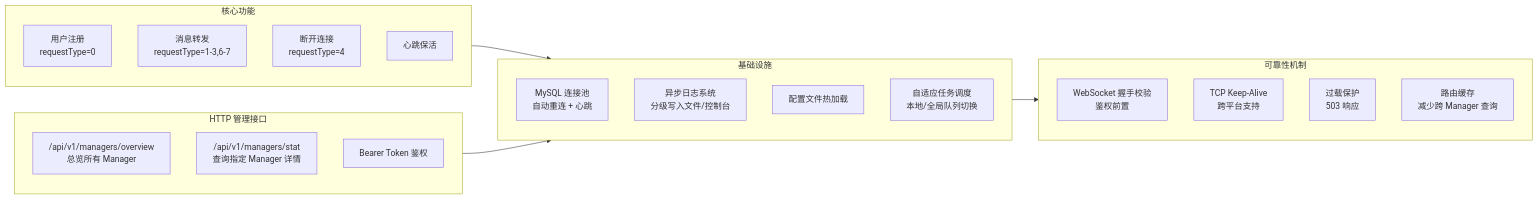
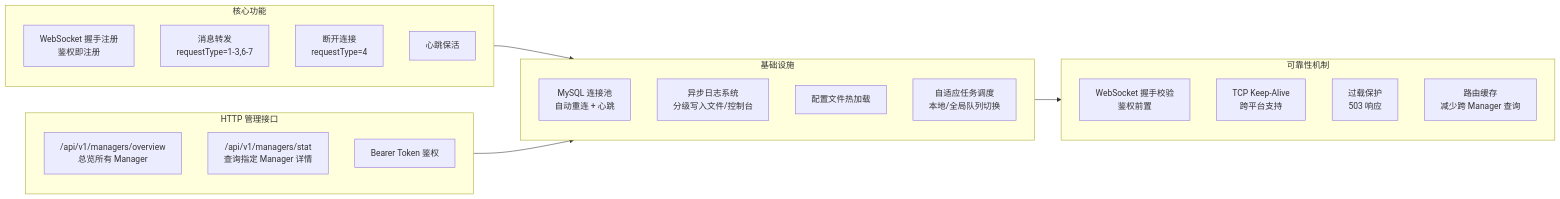
One commit to HopeTiga/HopeDesk changed the fourth of 5 diagrams in webrtc-signal-server.md. Above: the diagram before and after it, drawn with Mermaid. The commit also changed other lines of this file, not shown here.

````diff
--- a/webrtc-signal-server.md
+++ b/webrtc-signal-server.md
@@ -206,33 +196,33 @@
 ```mermaid
 graph LR
     subgraph Core["核心功能"]
-        REG["用户注册<br/>requestType=0"]
+        REG["WebSocket 握手注册<br/>鉴权即注册"]
         FWD["消息转发<br/>requestType=1-3,6-7"]
         CLOSE["断开连接<br/>requestType=4"]
         PING["心跳保活"]
     end
 
     subgraph HTTP["HTTP 管理接口"]
         OVERVIEW["/api/v1/managers/overview<br/>总览所有 Manager"]
         STAT["/api/v1/managers/stat<br/>查询指定 Manager 详情"]
         AUTH["Bearer Token 鉴权"]
     end
 
     subgraph Infra2["基础设施"]
         MYSQL_POOL["MySQL 连接池<br/>自动重连 + 心跳"]
         ASYNC_LOG["异步日志系统<br/>分级写入文件/控制台"]
         CONFIG["配置文件热加载"]
         TASK_SCHED["自适应任务调度<br/>本地/全局队列切换"]
     end
 
     subgraph Reliability["可靠性机制"]
         HANDSHAKE["WebSocket 握手校验<br/>鉴权前置"]
         KEEPALIVE["TCP Keep-Alive<br/>跨平台支持"]
         OVERLOAD_PROT["过载保护<br/>503 响应"]
         ROUTE_CACHE["路由缓存<br/>减少跨 Manager 查询"]
     end
 
     Core --> Infra2
     HTTP --> Infra2
     Infra2 --> Reliability
 ```
````
